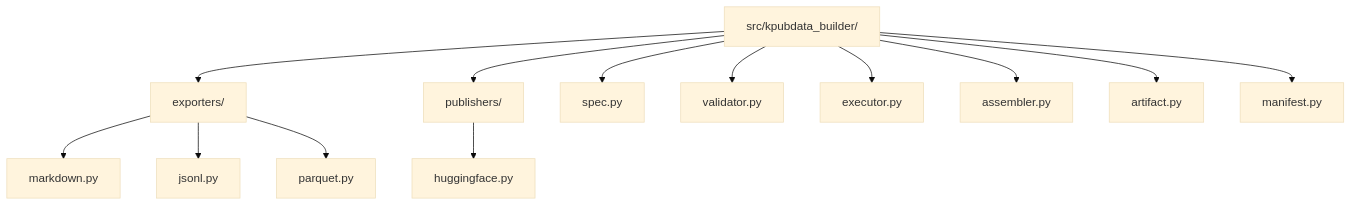
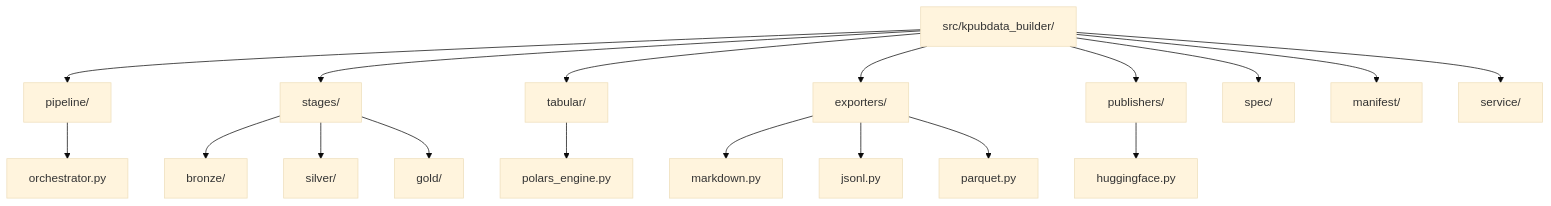
Before and after one commit to yeongseon/kpubdata-builder: the second of 2 diagrams in docs/index.md, drawn with Mermaid (base theme). The commit also changed other lines of this file, not shown here.

First line of the commit message:
docs: fix docs/index.md to match current Medallion architecture (#298)

````diff
--- a/docs/index.md
+++ b/docs/index.md
@@ -138,17 +151,21 @@
 ```mermaid
 graph TD
-    ROOT[src/kpubdata_builder/] --> E[exporters/]
+    ROOT[src/kpubdata_builder/] --> PL[pipeline/]
+    ROOT --> ST[stages/]
+    ROOT --> TB[tabular/]
+    ROOT --> E[exporters/]
     ROOT --> P[publishers/]
-    ROOT --> S[spec.py]
-    ROOT --> V[validator.py]
-    ROOT --> EX[executor.py]
-    ROOT --> A[assembler.py]
-    ROOT --> ART[artifact.py]
-    ROOT --> M[manifest.py]
+    ROOT --> S[spec/]
+    ROOT --> M[manifest/]
+    ROOT --> SVC[service/]
 
+    PL --> ORCH[orchestrator.py]
+    ST --> BR[bronze/]
+    ST --> SI[silver/]
+    ST --> GO[gold/]
+    TB --> PO[polars_engine.py]
     E --> ME[markdown.py]
     E --> JE[jsonl.py]
     E --> PE[parquet.py]
-
     P --> HP[huggingface.py]
 ```
````
